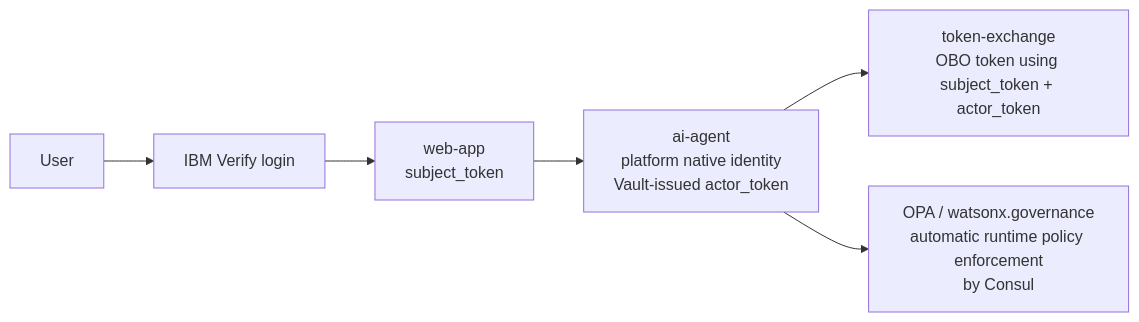
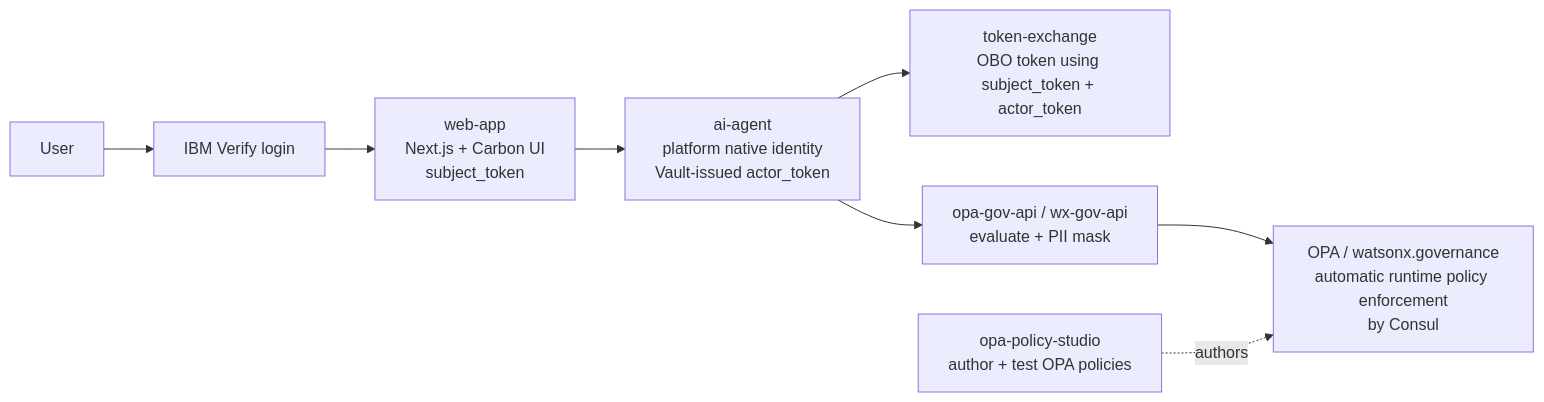
The diagram in README.md (panchal-ravi/agentic-iam-guardrails), drawn with Mermaid before and after one commit. The commit also changed other lines of this file and 1 other file, not shown here.

````diff
--- a/README.md
+++ b/README.md
@@ -9,13 +11,16 @@
 ```mermaid
 flowchart LR
     user[User]
     verify[IBM Verify login]
-    web[web-app<br/>subject_token]
+    web[web-app<br/>Next.js + Carbon UI<br/>subject_token]
     agent[ai-agent<br/>platform native identity<br/>Vault-issued actor_token]
     exchange[token-exchange<br/>OBO token using subject_token + actor_token]
+    gov[opa-gov-api / wx-gov-api<br/>evaluate + PII mask]
     policy[OPA / watsonx.governance<br/>automatic runtime policy enforcement<br/>by Consul]
+    studio[opa-policy-studio<br/>author + test OPA policies]
 
     user --> verify --> web --> agent
     agent --> exchange
-    agent --> policy
+    agent --> gov --> policy
+    studio -.authors.-> policy
 ```
````
